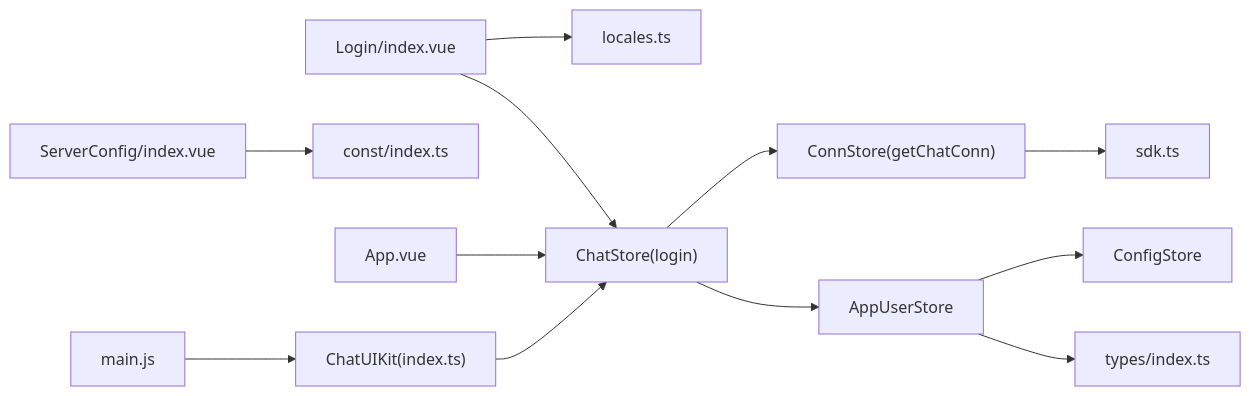
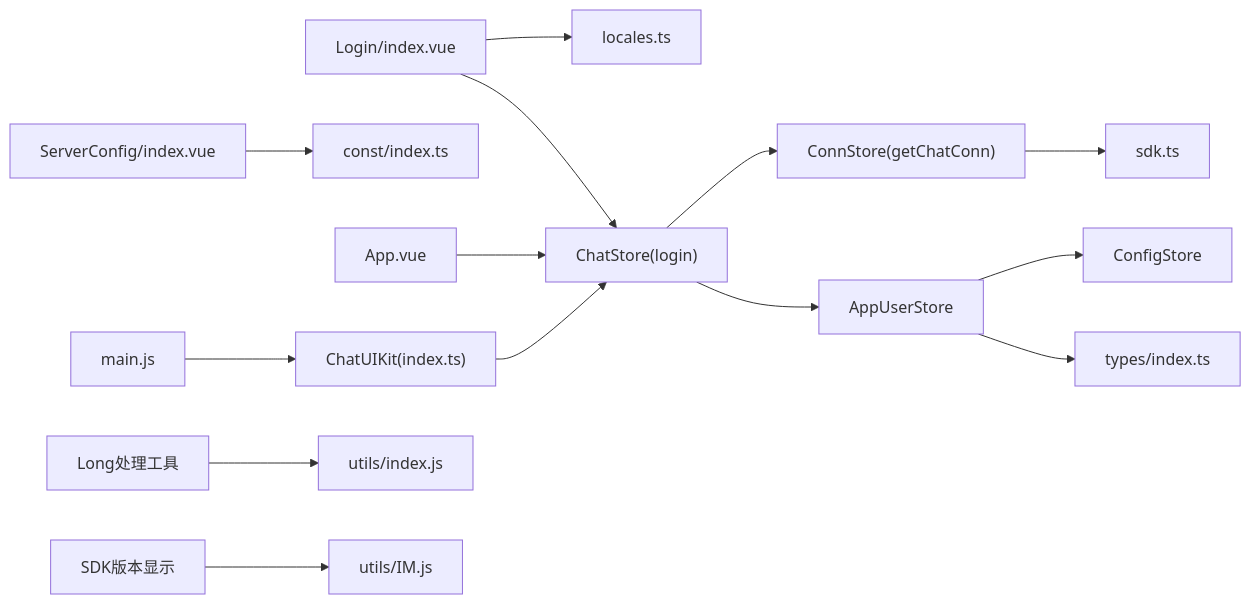
The fifth of 5 diagrams in .qoder/repowiki/zh/content/示例应用/登录页面.md (Easemob-Community/easemob-uikit-uniapp-community), drawn with Mermaid before and after one commit. The commit also changed other lines of this file and 10 other files, not shown here.

````diff
--- a/.qoder/repowiki/zh/content/示例应用/登录页面.md
+++ b/.qoder/repowiki/zh/content/示例应用/登录页面.md
@@ -448,14 +504,16 @@
 ```mermaid
 graph LR
 L["Login/index.vue"] --> T["locales.ts"]
 L --> CS["ChatStore(login)"]
 SC["ServerConfig/index.vue"] --> CI["const/index.ts"]
 A["App.vue"] --> CS
 CS --> CC["ConnStore(getChatConn)"]
 CS --> AUS["AppUserStore"]
 AUS --> CFG["ConfigStore"]
 AUS --> TI["types/index.ts"]
 CC --> SDK["sdk.ts"]
 MI["main.js"] --> CKI["ChatUIKit(index.ts)"]
 CKI --> CS
+LP["Long处理工具"] --> TIJ["utils/index.js"]
+SV["SDK版本显示"] --> IM["utils/IM.js"]
 ```
````
